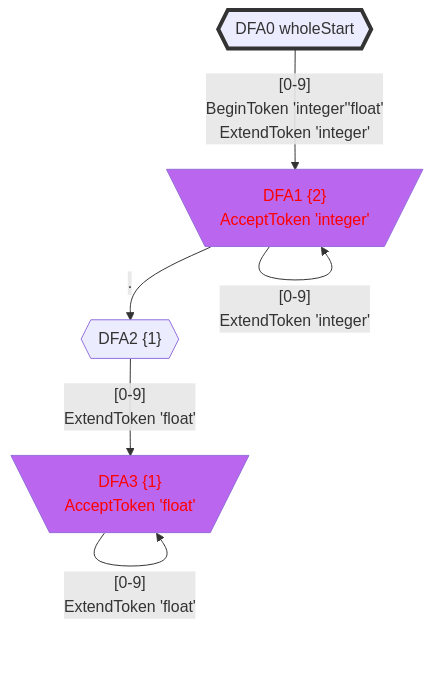
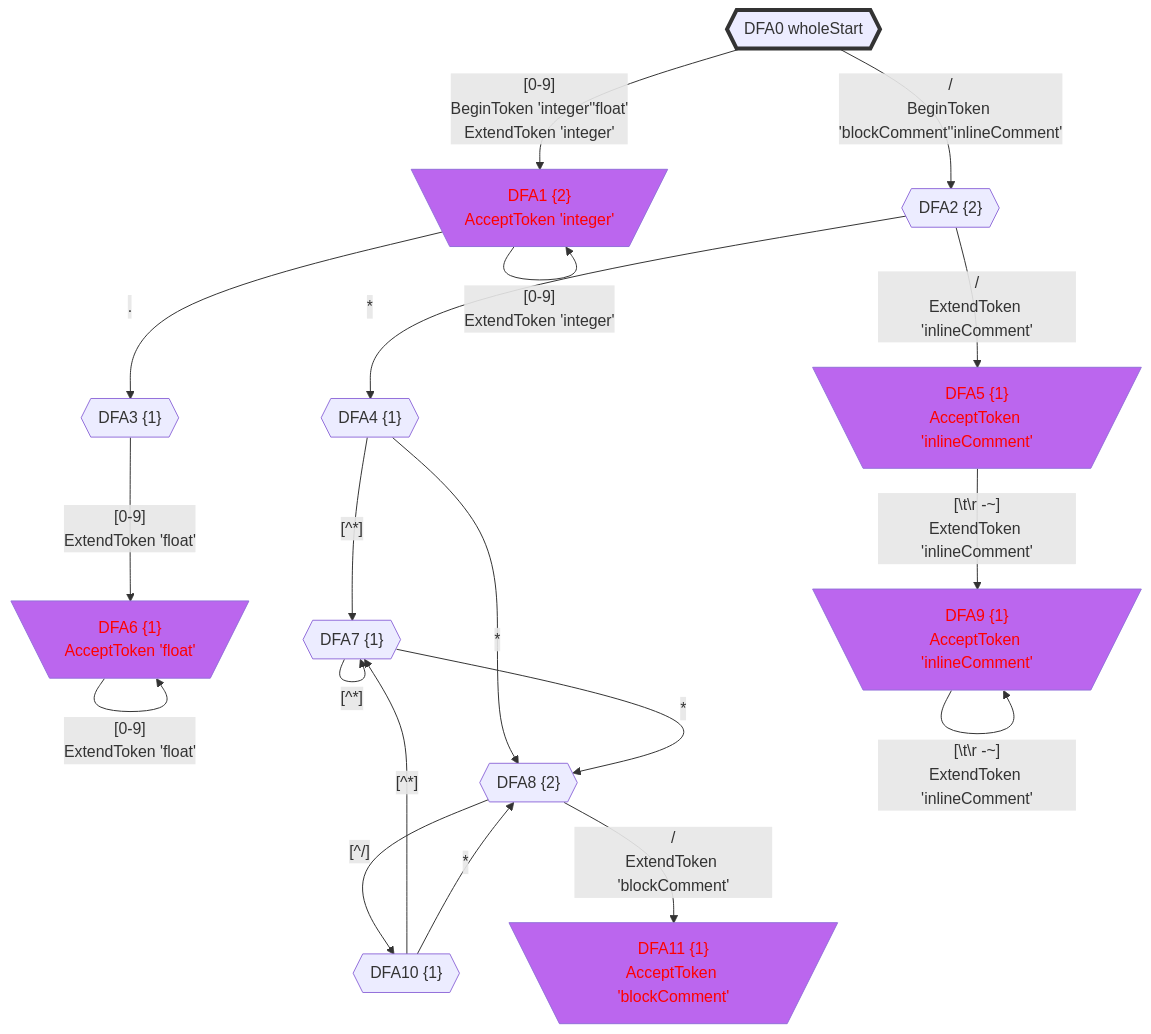
One commit to bitzhuwei/GrammarMentor changed the diagram in Practices/Practice.GeneratedXxxFormat.Test/GeneratedNumbers/doc/LexicalStates.4.DFA.smiple.gen.mmd. Above: the diagram before and after it, drawn with Mermaid. The commit also changed 3868 other files, not shown here.

```diff
--- a/Practices/Practice.GeneratedXxxFormat.Test/GeneratedNumbers/doc/LexicalStates.4.DFA.smiple.gen.mmd
+++ b/Practices/Practice.GeneratedXxxFormat.Test/GeneratedNumbers/doc/LexicalStates.4.DFA.smiple.gen.mmd
@@ -1,35 +1,67 @@
 flowchart
 classDef c0001 color:#FF0000;
 classDef c0010 stroke-dasharray: 10 10;
 classDef c0011 stroke-dasharray: 10 10,color:#FF0000;
 classDef c0100 fill:#BB66EE;
 classDef c0101 fill:#BB66EE,color:#FF0000;
 classDef c0110 fill:#BB66EE,stroke-dasharray: 10 10;
 classDef c0111 fill:#BB66EE,stroke-dasharray: 10 10,color:#FF0000;
 classDef c1000 stroke:#333,stroke-width:4px;
 classDef c1001 stroke:#333,stroke-width:4px,color:#FF0000;
 classDef c1010 stroke:#333,stroke-width:4px,stroke-dasharray: 10 10;
 classDef c1011 stroke:#333,stroke-width:4px,stroke-dasharray: 10 10,color:#FF0000;
 classDef c1100 stroke:#333,stroke-width:4px,fill:#BB66EE;
 classDef c1101 stroke:#333,stroke-width:4px,fill:#BB66EE,color:#FF0000;
 classDef c1110 stroke:#333,stroke-width:4px,fill:#BB66EE,stroke-dasharray: 10 10;
 classDef c1111 stroke:#333,stroke-width:4px,fill:#BB66EE,stroke-dasharray: 10 10,color:#FF0000;
-DFA0_-719760743{{"DFA0 wholeStart"}}
-class DFA0_-719760743 c1000;
-DFA1_-1749208652[\"DFA1 {2}
+DFA0_-771602367{{"DFA0 wholeStart"}}
+class DFA0_-771602367 c1000;
+DFA1_-1280135935[\"DFA1 {2}
 AcceptToken 'integer'"/]
-class DFA1_-1749208652 c0101;
-DFA2_-646656898{{"DFA2 {1}"}}
-DFA3_-496823011[\"DFA3 {1}
+class DFA1_-1280135935 c0101;
+DFA2_1441873589{{"DFA2 {2}"}}
+DFA3_816773074{{"DFA3 {1}"}}
+DFA4_2093590239{{"DFA4 {1}"}}
+DFA5_648968295[\"DFA5 {1}
+AcceptToken 'inlineComment'"/]
+class DFA5_648968295 c0101;
+DFA6_1463751463[\"DFA6 {1}
 AcceptToken 'float'"/]
-class DFA3_-496823011 c0101;
-DFA0_-719760743 -->|"[0-9]
+class DFA6_1463751463 c0101;
+DFA7_-664238604{{"DFA7 {1}"}}
+DFA8_-1012450386{{"DFA8 {2}"}}
+DFA9_-1308847123[\"DFA9 {1}
+AcceptToken 'inlineComment'"/]
+class DFA9_-1308847123 c0101;
+DFA10_155505367{{"DFA10 {1}"}}
+DFA11_-175018733[\"DFA11 {1}
+AcceptToken 'blockComment'"/]
+class DFA11_-175018733 c0101;
+DFA0_-771602367 -->|"[0-9]
 BeginToken 'integer''float'
-ExtendToken 'integer'"|DFA1_-1749208652
-DFA1_-1749208652 -->|"[0-9]
-ExtendToken 'integer'"|DFA1_-1749208652
-DFA1_-1749208652 -->|"."|DFA2_-646656898
-DFA2_-646656898 -->|"[0-9]
-ExtendToken 'float'"|DFA3_-496823011
-DFA3_-496823011 -->|"[0-9]
-ExtendToken 'float'"|DFA3_-496823011
+ExtendToken 'integer'"|DFA1_-1280135935
+DFA0_-771602367 -->|"/
+BeginToken 'blockComment''inlineComment'"|DFA2_1441873589
+DFA1_-1280135935 -->|"[0-9]
+ExtendToken 'integer'"|DFA1_-1280135935
+DFA1_-1280135935 -->|"."|DFA3_816773074
+DFA2_1441873589 -->|"*"|DFA4_2093590239
+DFA2_1441873589 -->|"/
+ExtendToken 'inlineComment'"|DFA5_648968295
+DFA3_816773074 -->|"[0-9]
+ExtendToken 'float'"|DFA6_1463751463
+DFA4_2093590239 -->|"[^*]"|DFA7_-664238604
+DFA4_2093590239 -->|"*"|DFA8_-1012450386
+DFA5_648968295 -->|"[#92;t#92;r#32;-~]
+ExtendToken 'inlineComment'"|DFA9_-1308847123
+DFA6_1463751463 -->|"[0-9]
+ExtendToken 'float'"|DFA6_1463751463
+DFA7_-664238604 -->|"[^*]"|DFA7_-664238604
+DFA7_-664238604 -->|"*"|DFA8_-1012450386
+DFA8_-1012450386 -->|"[^/]"|DFA10_155505367
+DFA8_-1012450386 -->|"/
+ExtendToken 'blockComment'"|DFA11_-175018733
+DFA9_-1308847123 -->|"[#92;t#92;r#32;-~]
+ExtendToken 'inlineComment'"|DFA9_-1308847123
+DFA10_155505367 -->|"[^*]"|DFA7_-664238604
+DFA10_155505367 -->|"*"|DFA8_-1012450386
```
